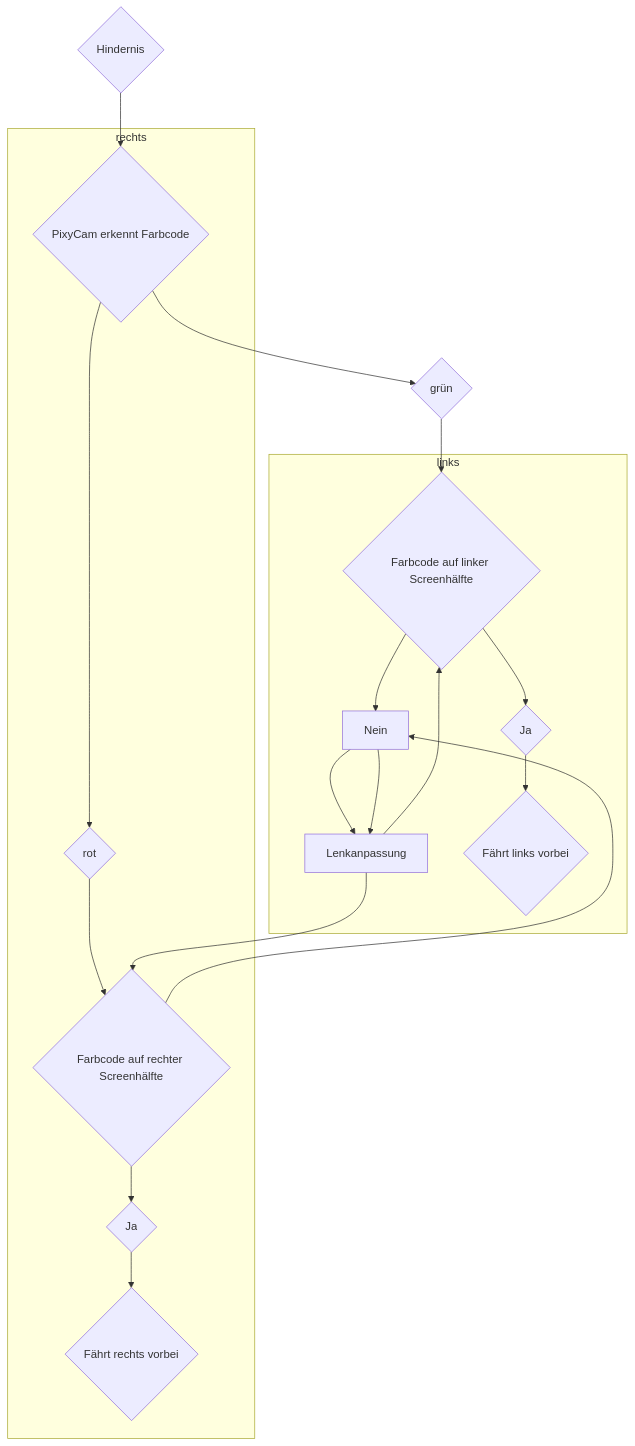
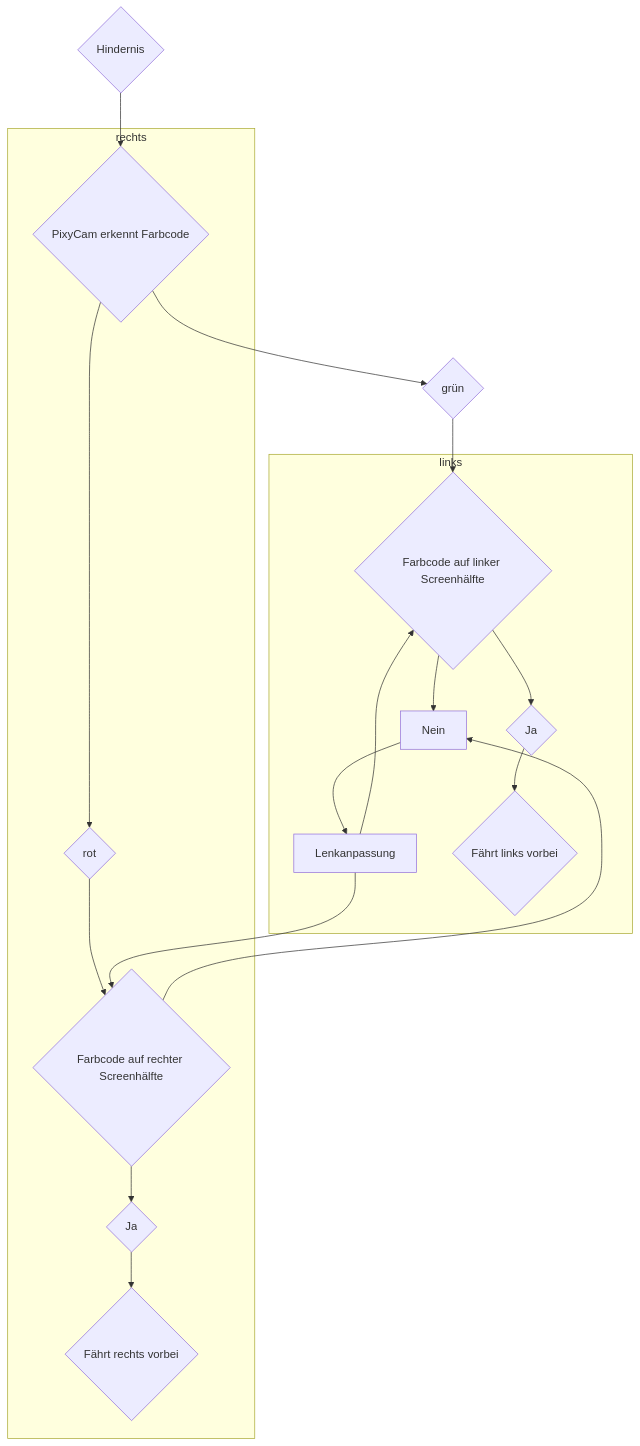
The diagram in Programme/Hindernisrennen/README.md (SchroedingersBit/PfortGTPanama), drawn with Mermaid before and after one commit.

````diff
--- a/Programme/Hindernisrennen/README.md
+++ b/Programme/Hindernisrennen/README.md
@@ -4,22 +4,20 @@
 ```mermaid
 graph TB;
 A{Hindernis} -->B{PixyCam erkennt Farbcode};
 B-->E{grün}-->C1{Farbcode auf linker Screenhälfte};
-
+Nein --> Lenkanpassung;
 subgraph links
 C1 --> Nein;
-Nein --> Lenkanpassung;
 Lenkanpassung-->C1;
 C1-->J1{Ja};
 J1-->R{Fährt links vorbei};
 end
 
 subgraph rechts
 B-->C{rot}-->C2{Farbcode auf rechter Screenhälfte};
 C2 --> Nein; 
-Nein --> Lenkanpassung;
 Lenkanpassung -->C2;
 C2-->J2{Ja};
 J2-->L{Fährt rechts vorbei};
 end
 ```
````
